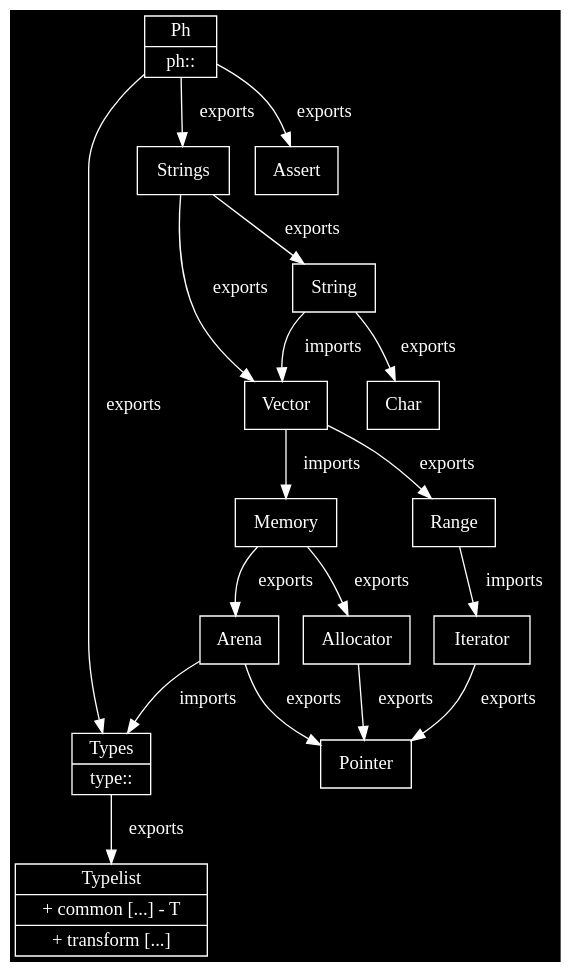
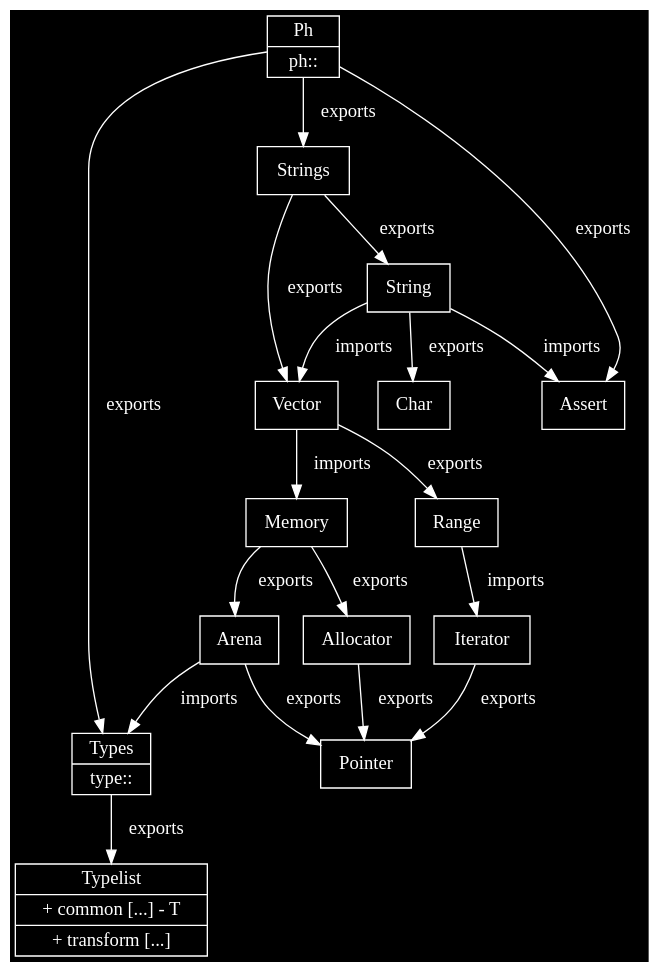
The second of 10 diagrams in README.md (phiwen96/ph), drawn with Graphviz before and after one commit. The commit also changed 5 other files, not shown here.

````diff
--- a/README.md
+++ b/README.md
@@ -93,51 +93,52 @@
 ```graphviz
 digraph structs 
 {
 	compound=true;
 	graph [bgcolor=black fontcolor=white color=white];
 	node [fillcolor=black style=filled color=white fontcolor=white];
 	edge [color=white fontcolor=white];
 
 	Ph [shape = record, label = "{Ph| {ph::}}"]
 	Types [shape = record, label = "{Types| {type::}}"]
 	Memory [shape = record, label = "{Memory}"]
 	Allocator [shape = record, label = "{Allocator}"]
 	Arena [shape = record, label = "{Arena}"]
 
 	String [shape = record, label = "{String}"]
 
 	Strings [shape = record, label = "{Strings}"]
 
 	Vector [shape = record, label = "{Vector}"]
 
 	Range [shape = record, label = "{Range}"]
 
 	Char [shape = record, label = "{Char}"]
 
 	Iterator [shape = record, label = "{Iterator}"]
 	Pointer [shape = record, label = "{Pointer}"]
 	Assert [shape = record, label = "{Assert}"]
 	Typelist [shape = record, label = "{Typelist | {+ common [...] - T} | {+ transform [...]}}"]
 
 
 
 	"Memory" -> "Arena" [shape = record, label = "  exports"]
 	"Arena" -> "Types" [shape = record, label = "  imports"]
 	"Memory" -> "Allocator" [shape = record, label = "  exports"]
 	"Arena" -> "Pointer" [shape = record, label = "  exports"]
 	"Iterator" -> "Pointer" [shape = record, label = "  exports"]
 	"Allocator" -> "Pointer" [shape = record, label = "  exports"]
 	"Range" -> "Iterator" [shape = record, label = "  imports"]
 	"Strings" -> "String" [shape = record, label = "  exports"]
 	"Vector" -> "Range" [shape = record, label = "  exports"]
 	"Vector" -> "Memory" [shape = record, label = "  imports"]
 	"String" -> Char [label = "  exports"]
 	"String" -> "Vector" [label = "  imports"]
+	"String" -> "Assert" [label = "  imports"]
 	"Strings" -> "Vector" [label = "  exports"]
 	"Ph" -> "Strings" [label = "  exports"]
 	"Ph" -> "Assert" [label = "  exports"]
 
 	"Types" -> "Typelist" [label = "  exports"]
 	"Ph" -> "Types" [label = "  exports"]
 }
 ```
````
